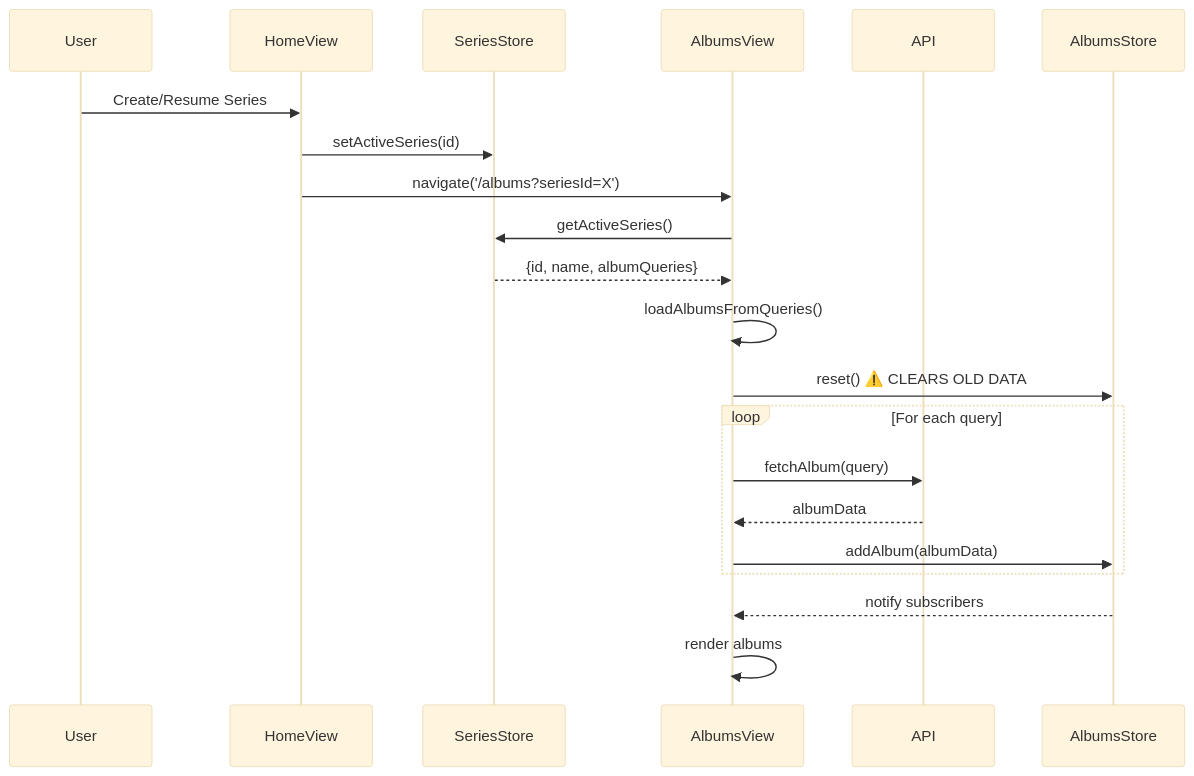
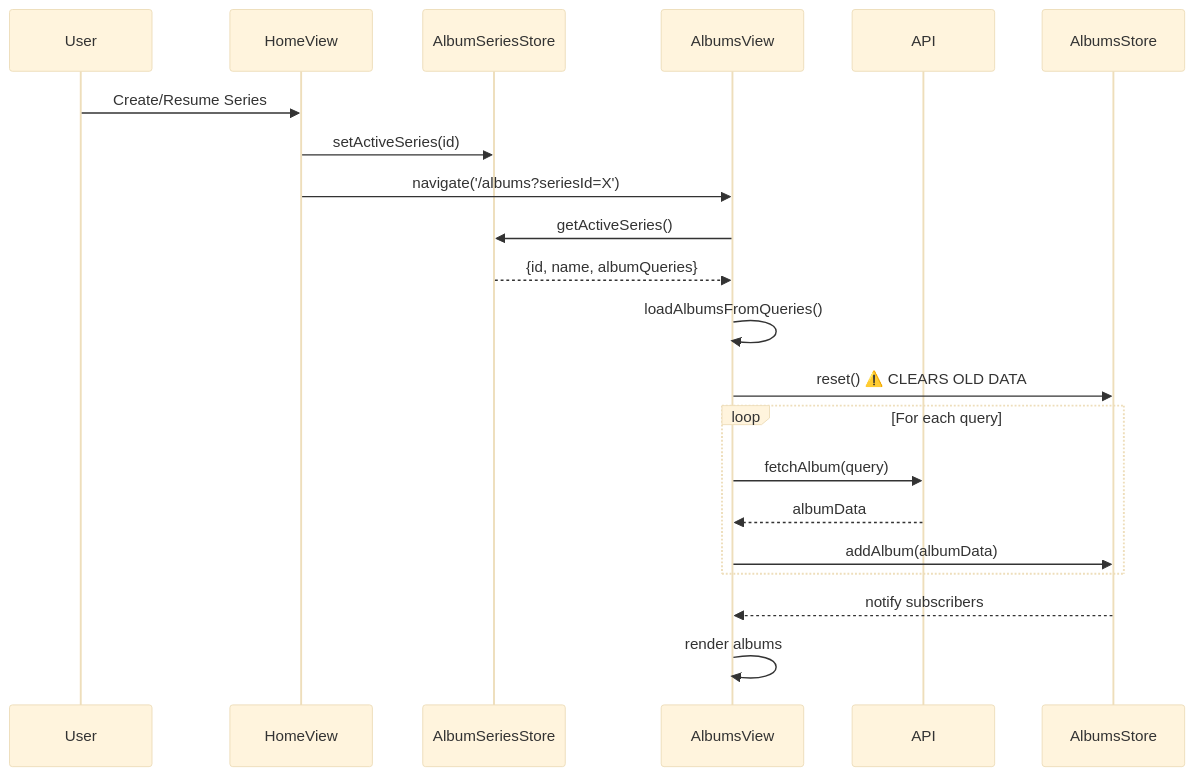
One commit to maujrp99/MJRP_AlbumsBalancedPlaylists_v0 changed the second of 6 diagrams in docs/technical/data_flow_architecture.md. Above: the diagram before and after it, drawn with Mermaid (base theme). The commit also changed other lines of this file, not shown here.

First line of the commit message:
docs: Update data_flow_architecture with AlbumSeriesStore nomenclature

````diff
--- a/docs/technical/data_flow_architecture.md
+++ b/docs/technical/data_flow_architecture.md
@@ -47,28 +49,28 @@
 ```mermaid
 sequenceDiagram
     participant User
     participant HomeView
-    participant SeriesStore
+    participant AlbumSeriesStore
     participant AlbumsView
     participant API
     participant AlbumsStore
     
     User->>HomeView: Create/Resume Series
-    HomeView->>SeriesStore: setActiveSeries(id)
+    HomeView->>AlbumSeriesStore: setActiveSeries(id)
     HomeView->>AlbumsView: navigate('/albums?seriesId=X')
     
-    AlbumsView->>SeriesStore: getActiveSeries()
-    SeriesStore-->>AlbumsView: {id, name, albumQueries}
+    AlbumsView->>AlbumSeriesStore: getActiveSeries()
+    AlbumSeriesStore-->>AlbumsView: {id, name, albumQueries}
     
     AlbumsView->>AlbumsView: loadAlbumsFromQueries()
     AlbumsView->>AlbumsStore: reset() ⚠️ CLEARS OLD DATA
     
     loop For each query
         AlbumsView->>API: fetchAlbum(query)
         API-->>AlbumsView: albumData
         AlbumsView->>AlbumsStore: addAlbum(albumData)
     end
     
     AlbumsStore-->>AlbumsView: notify subscribers
     AlbumsView->>AlbumsView: render albums
 ```
````
